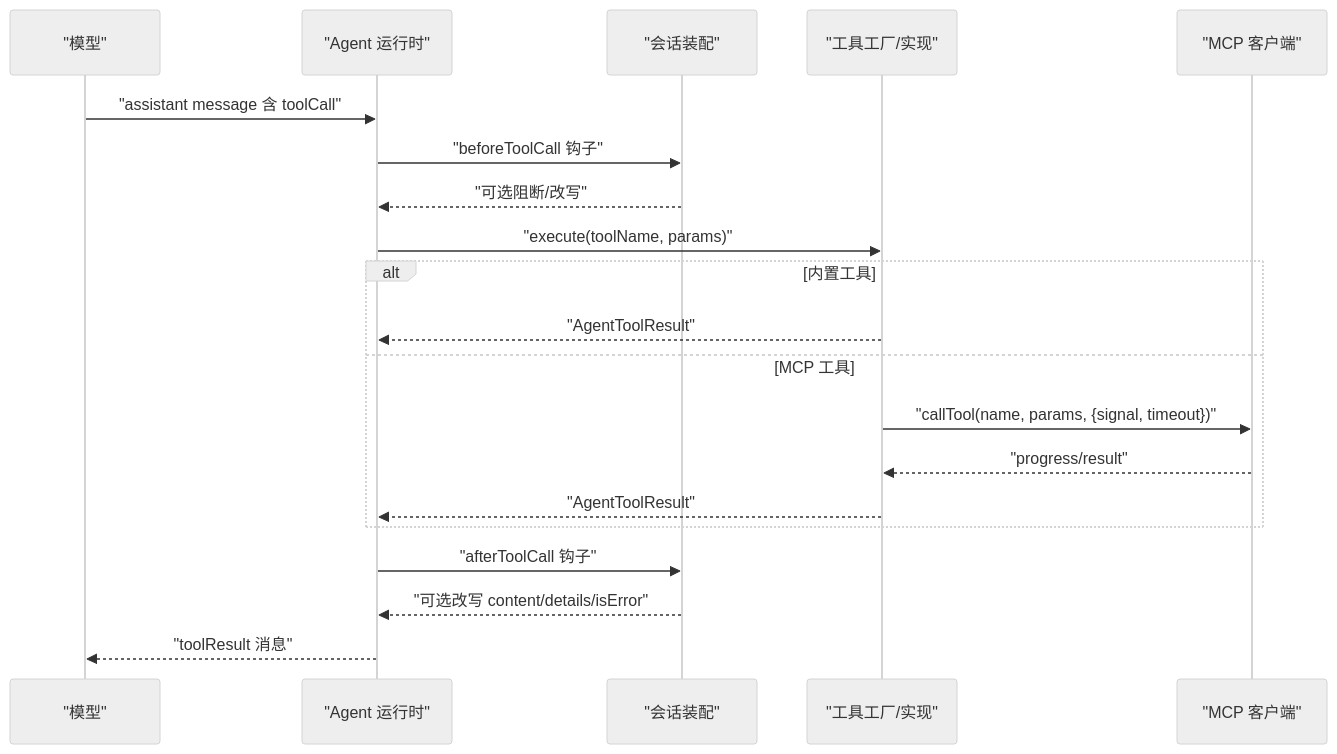
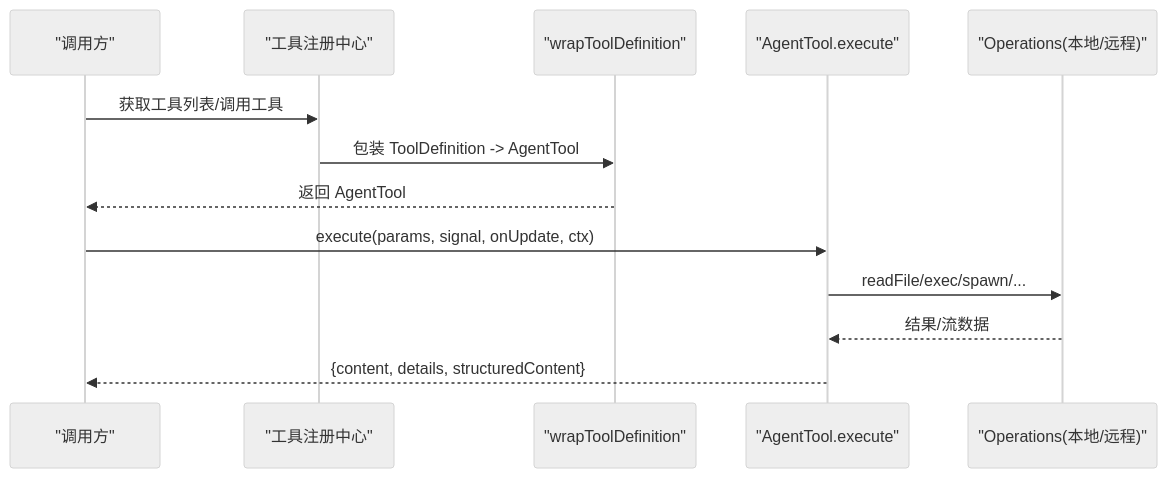
The second of 6 diagrams in .qoder/repowiki/zh/content/工具系统/工具系统.md (FDE-GROUP/oh-my-coding-agent), drawn with Mermaid (neutral theme) before and after one commit. The commit also changed other lines of this file and 755 other files, not shown here.

````diff
--- a/.qoder/repowiki/zh/content/工具系统/工具系统.md
+++ b/.qoder/repowiki/zh/content/工具系统/工具系统.md
@@ -98,22 +123,15 @@
 ```mermaid
 sequenceDiagram
-participant Model as "模型"
-participant Agent as "Agent 运行时"
-participant Session as "会话装配"
-participant Tools as "工具工厂/实现"
-participant MCP as "MCP 客户端"
-Model->>Agent : "assistant message 含 toolCall"
-Agent->>Session : "beforeToolCall 钩子"
-Session-->>Agent : "可选阻断/改写"
-Agent->>Tools : "execute(toolName, params)"
-alt 内置工具
-Tools-->>Agent : "AgentToolResult"
-else MCP 工具
-Tools->>MCP : "callTool(name, params, {signal, timeout})"
-MCP-->>Tools : "progress/result"
-Tools-->>Agent : "AgentToolResult"
-end
-Agent->>Session : "afterToolCall 钩子"
-Session-->>Agent : "可选改写 content/details/isError"
-Agent-->>Model : "toolResult 消息"
+participant Caller as "调用方"
+participant Registry as "工具注册中心"
+participant Wrapper as "wrapToolDefinition"
+participant Tool as "AgentTool.execute"
+participant Ops as "Operations(本地/远程)"
+Caller->>Registry : 获取工具列表/调用工具
+Registry->>Wrapper : 包装 ToolDefinition -> AgentTool
+Wrapper-->>Caller : 返回 AgentTool
+Caller->>Tool : execute(params, signal, onUpdate, ctx)
+Tool->>Ops : readFile/exec/spawn/...
+Ops-->>Tool : 结果/流数据
+Tool-->>Caller : {content, details, structuredContent}
 ```
````
